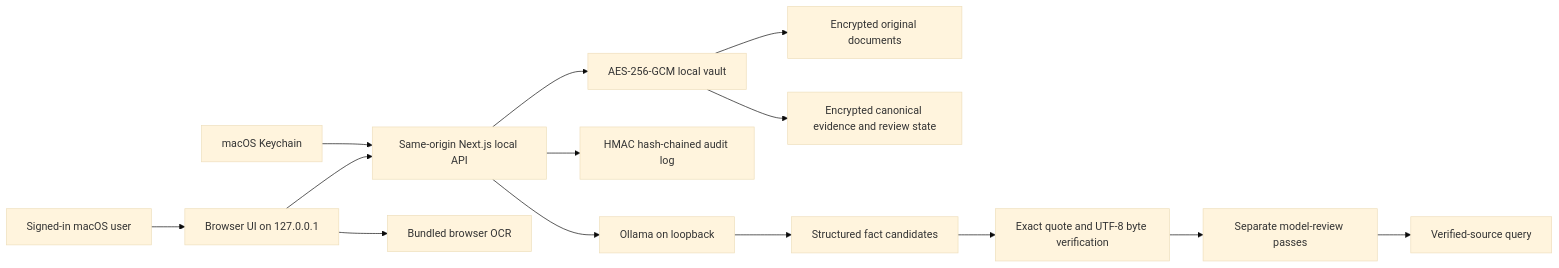
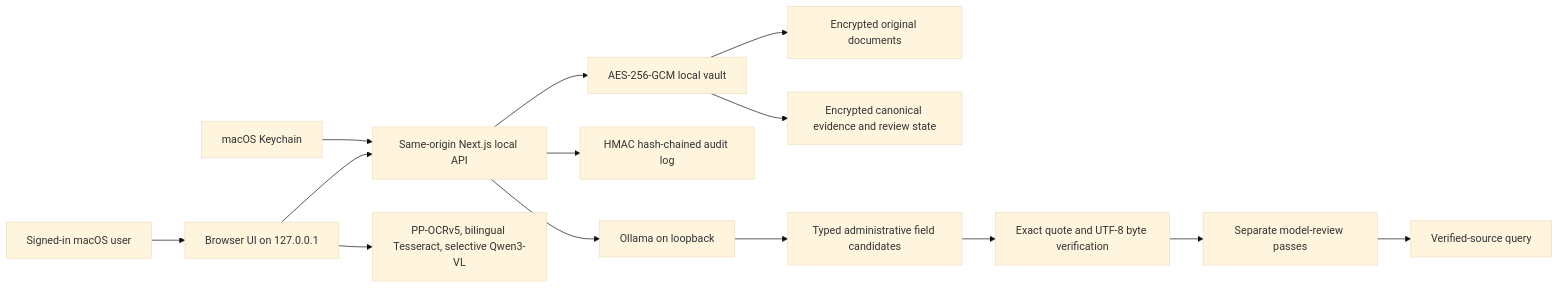
One commit to WillBranam/Legal-Data-Extractor changed the diagram in docs/OFFLINE_ARCHITECTURE.md. Above: the diagram before and after it, drawn with Mermaid (base theme). The commit also changed other lines of this file and 56 other files, not shown here.

````diff
--- a/docs/OFFLINE_ARCHITECTURE.md
+++ b/docs/OFFLINE_ARCHITECTURE.md
@@ -15,18 +15,18 @@
 ```mermaid
 flowchart LR
     User["Signed-in macOS user"] --> Browser["Browser UI on 127.0.0.1"]
     Keychain["macOS Keychain"] --> LocalAPI
     Browser --> LocalAPI["Same-origin Next.js local API"]
-    Browser --> OCR["Bundled browser OCR"]
+    Browser --> OCR["PP-OCRv5, bilingual Tesseract, selective Qwen3-VL"]
 
     LocalAPI --> Vault["AES-256-GCM local vault"]
     Vault --> Originals["Encrypted original documents"]
     Vault --> Evidence["Encrypted canonical evidence and review state"]
     LocalAPI --> Audit["HMAC hash-chained audit log"]
     LocalAPI --> Ollama["Ollama on loopback"]
 
-    Ollama --> Extract["Structured fact candidates"]
+    Ollama --> Extract["Typed administrative field candidates"]
     Extract --> Verify["Exact quote and UTF-8 byte verification"]
     Verify --> Consensus["Separate model-review passes"]
     Consensus --> Query["Verified-source query"]
 ```
````
